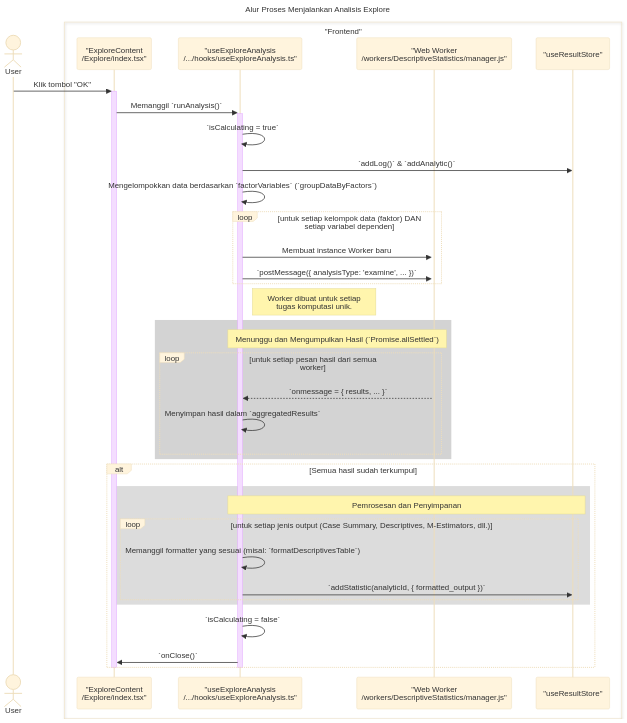
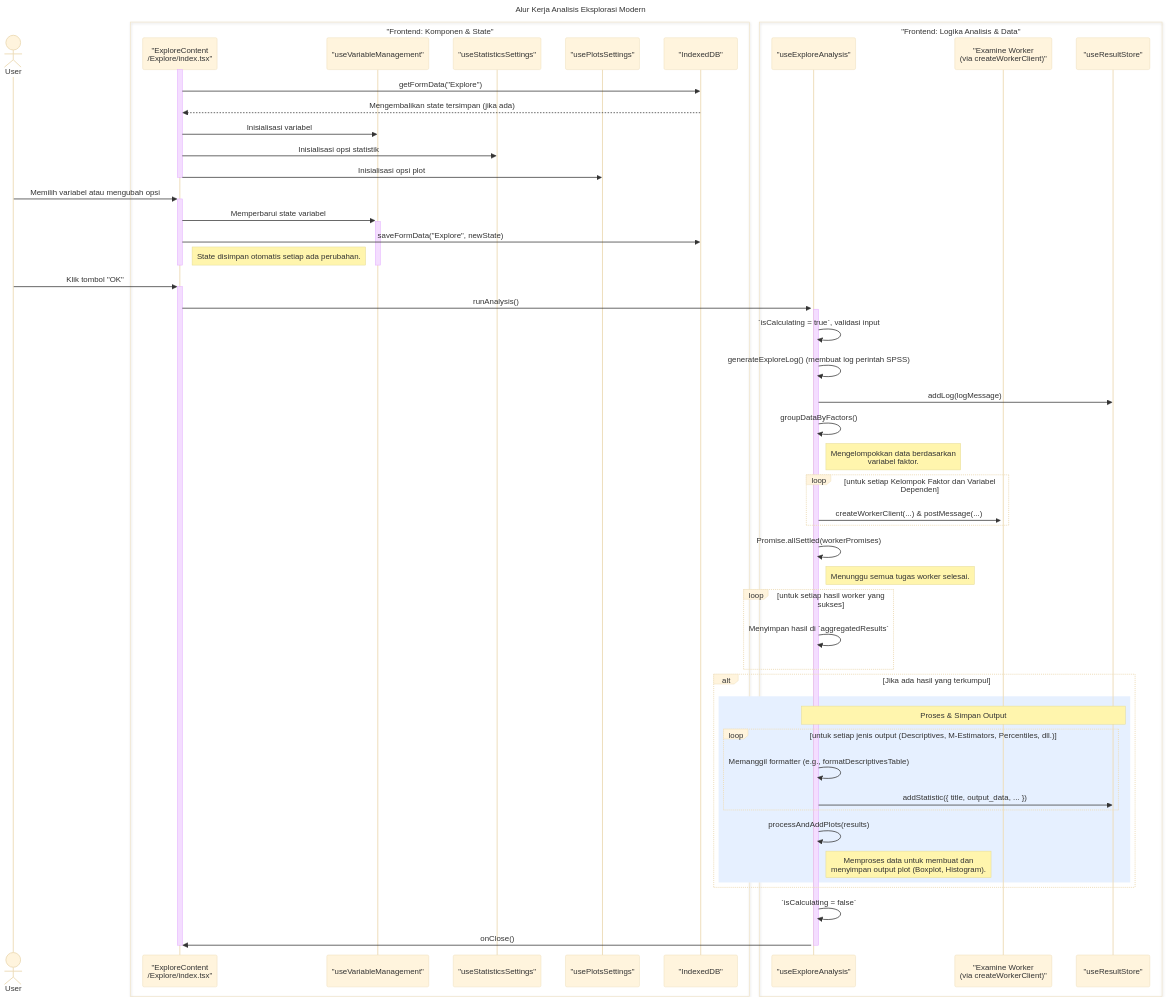
The diagram in frontend/docs/FDD/4-Design by Feature/6-Analisis-Statistik/4. Dialog-Analisis-Eksplorasi.md (wilskk/statify), drawn with Mermaid (base theme) before and after one commit. The commit also changed other lines of this file and 32 other files, not shown here.

````diff
--- a/frontend/docs/FDD/4-Design by Feature/6-Analisis-Statistik/4. Dialog-Analisis-Eksplorasi.md
+++ b/frontend/docs/FDD/4-Design by Feature/6-Analisis-Statistik/4. Dialog-Analisis-Eksplorasi.md
@@ -59,50 +15,79 @@
 ```mermaid
 sequenceDiagram
-    title: Alur Proses Menjalankan Analisis Explore
+    title: Alur Kerja Analisis Eksplorasi Modern
     actor User
 
-    box "Frontend"
+    box "Frontend: Komponen & State"
         participant View as "ExploreContent<br>/Explore/index.tsx"
-        participant Hook as "useExploreAnalysis<br>/.../hooks/useExploreAnalysis.ts"
-        participant Worker as "Web Worker<br>/workers/DescriptiveStatistics/manager.js"
-        participant Store as "useResultStore"
+        participant VarHook as "useVariableManagement"
+        participant StatsHook as "useStatisticsSettings"
+        participant PlotsHook as "usePlotsSettings"
+        participant IndexedDB as "IndexedDB"
+    end
+    
+    box "Frontend: Logika Analisis & Data"
+        participant AnalysisHook as "useExploreAnalysis"
+        participant Worker as "Examine Worker<br>(via createWorkerClient)"
+        participant ResultStore as "useResultStore"
     end
 
+    %% Inisialisasi & Memuat State dari IndexedDB
+    activate View
+    View->>IndexedDB: getFormData("Explore")
+    IndexedDB-->>View: Mengembalikan state tersimpan (jika ada)
+    View->>VarHook: Inisialisasi variabel
+    View->>StatsHook: Inisialisasi opsi statistik
+    View->>PlotsHook: Inisialisasi opsi plot
+    deactivate View
+
+    %% Interaksi Pengguna & Penyimpanan State Otomatis
+    User->>+View: Memilih variabel atau mengubah opsi
+    View->>+VarHook: Memperbarui state variabel
+    View->>IndexedDB: saveFormData("Explore", newState)
+    Note right of View: State disimpan otomatis setiap ada perubahan.
+    deactivate View
+    deactivate VarHook
+    
+    %% Menjalankan Analisis
     User->>+View: Klik tombol "OK"
-    View->>+Hook: Memanggil `runAnalysis()`
-
-    Hook->>Hook: `isCalculating = true`
-    Hook->>Store: `addLog()` & `addAnalytic()`
-    Hook->>Hook: Mengelompokkan data berdasarkan `factorVariables` (`groupDataByFactors`)
-
-    loop untuk setiap kelompok data (faktor) DAN setiap variabel dependen
-        Hook->>+Worker: Membuat instance Worker baru
-        Hook->>Worker: `postMessage({ analysisType: 'examine', ... })`
+    View->>+AnalysisHook: runAnalysis()
+    
+    activate AnalysisHook
+    AnalysisHook->>AnalysisHook: `isCalculating = true`, validasi input
+    AnalysisHook->>AnalysisHook: generateExploreLog() (membuat log perintah SPSS)
+    AnalysisHook->>ResultStore: addLog(logMessage)
+    
+    AnalysisHook->>AnalysisHook: groupDataByFactors()
+    Note right of AnalysisHook: Mengelompokkan data berdasarkan<br>variabel faktor.
+    
+    loop untuk setiap Kelompok Faktor dan Variabel Dependen
+        AnalysisHook->>+Worker: createWorkerClient(...) & postMessage(...)
     end
-
-    Note right of Hook: Worker dibuat untuk setiap<br/>tugas komputasi unik.
-
-    rect rgb(211, 211, 211)
-    note over Hook, Worker: Menunggu dan Mengumpulkan Hasil (`Promise.allSettled`)
-    loop untuk setiap pesan hasil dari semua worker
-        Worker-->>Hook: `onmessage = { results, ... }`
-        Hook->>Hook: Menyimpan hasil dalam `aggregatedResults`
+    
+    %% Mengumpulkan Hasil dari Semua Worker
+    AnalysisHook->>AnalysisHook: Promise.allSettled(workerPromises)
+    Note right of AnalysisHook: Menunggu semua tugas worker selesai.
+    
+    loop untuk setiap hasil worker yang sukses
+        AnalysisHook->>AnalysisHook: Menyimpan hasil di `aggregatedResults`
     end
+    
+    %% Finalisasi: Memformat dan Menyimpan Output
+    alt Jika ada hasil yang terkumpul
+        rect rgb(230, 240, 255)
+            note over AnalysisHook, ResultStore: Proses & Simpan Output
+            loop untuk setiap jenis output (Descriptives, M-Estimators, Percentiles, dll.)
+                AnalysisHook->>AnalysisHook: Memanggil formatter (e.g., formatDescriptivesTable)
+                AnalysisHook->>ResultStore: addStatistic({ title, output_data, ... })
+            end
+            
+            AnalysisHook->>AnalysisHook: processAndAddPlots(results)
+            Note right of AnalysisHook: Memproses data untuk membuat dan<br>menyimpan output plot (Boxplot, Histogram).
+        end
     end
-
-    alt Semua hasil sudah terkumpul
-        rect rgb(220, 220, 220)
-        note over Hook, Store: Pemrosesan dan Penyimpanan
-        
-        loop untuk setiap jenis output (Case Summary, Descriptives, M-Estimators, dll.)
-            Hook->>Hook: Memanggil formatter yang sesuai (misal: `formatDescriptivesTable`)
-            Hook->>Store: `addStatistic(analyticId, { formatted_output })`
-        end
-        end
     
-        Hook->>Hook: `isCalculating = false`
-        Hook->>View: `onClose()`
-    end
-    deactivate Hook
+    AnalysisHook->>AnalysisHook: `isCalculating = false`
+    AnalysisHook->>View: onClose()
+    deactivate AnalysisHook
     deactivate View
 ```
````
